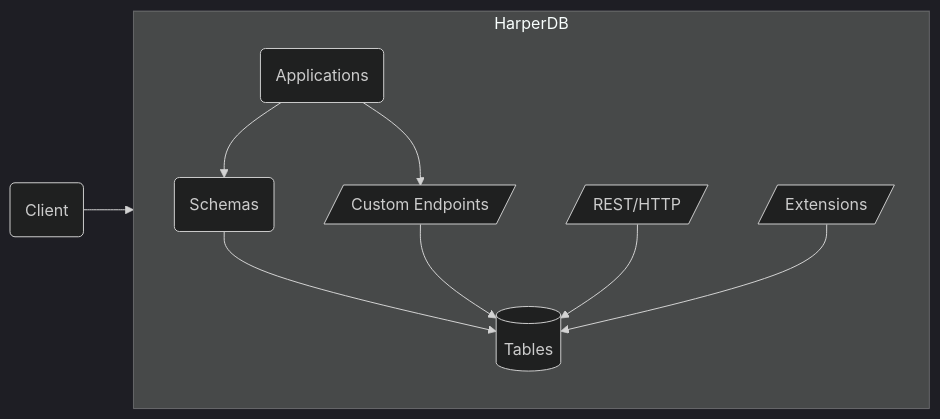
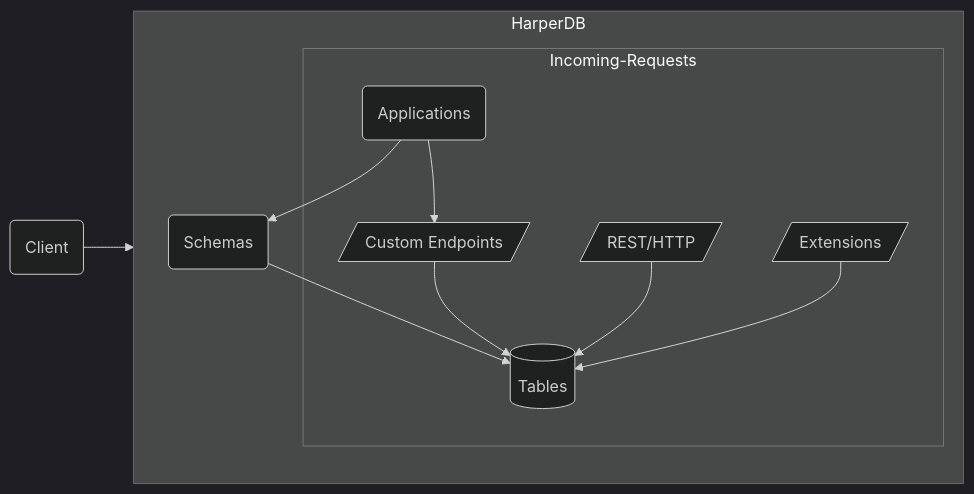
One commit to HarperDB/documentation changed the diagram in docs/applications/README.md. Above: the diagram before and after it, drawn with Mermaid (dark theme).

Commit message:
More attempts at graph

````diff
--- a/docs/applications/README.md
+++ b/docs/applications/README.md
@@ -14,13 +14,15 @@
 ```mermaid
 flowchart LR
 	Client(Client)-->HarperDB
 	subgraph HarperDB
 	direction TB
 	Applications(Applications)-->Schemas(Schemas)
 	Schemas-->Tables[(Tables)]
+	subgraph Incoming-Requests
 	Applications-->Endpoints[/Custom Endpoints/]
 	Endpoints-->Tables
 	HTTP[/REST/HTTP/]-->Tables
 	Extensions[/Extensions/]-->Tables
 	end
+	end
 ```
````
